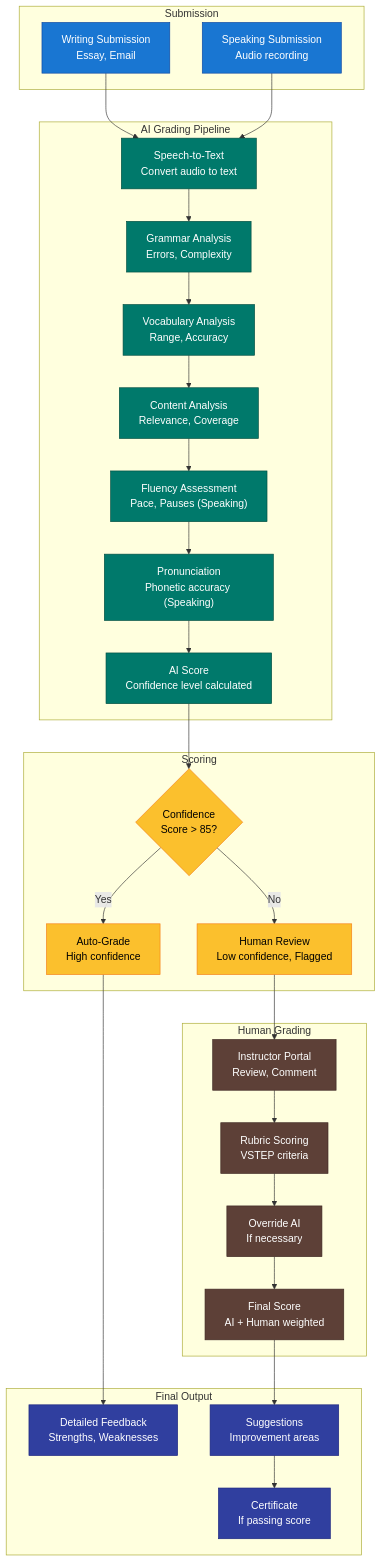
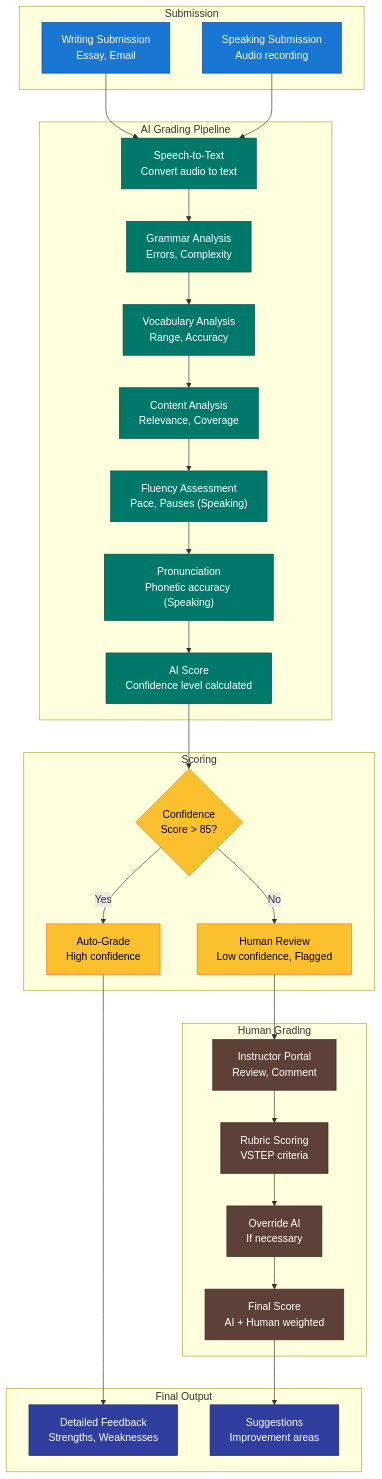
The sixth of 8 diagrams in docs/capstone/diagrams/flow-diagrams.vi.md (nghyane/VSTEP), drawn with Mermaid before and after one commit. The commit also changed other lines of this file, not shown here.

First line of the commit message:
docs: remove non-MVP features from flow diagrams

````diff
--- a/docs/capstone/diagrams/flow-diagrams.vi.md
+++ b/docs/capstone/diagrams/flow-diagrams.vi.md
@@ -338,67 +338,65 @@
 ```mermaid
 flowchart TB
     subgraph Submission ["Submission"]
         WritingSubmit["Writing Submission<br/>Essay, Email"]
         SpeakingSubmit["Speaking Submission<br/>Audio recording"]
     end
 
     subgraph AI ["AI Grading Pipeline"]
         Transcribe["Speech-to-Text<br/>Convert audio to text"]
         Grammar["Grammar Analysis<br/>Errors, Complexity"]
         Vocab["Vocabulary Analysis<br/>Range, Accuracy"]
         Content["Content Analysis<br/>Relevance, Coverage"]
         Fluency["Fluency Assessment<br/>Pace, Pauses (Speaking)"]
         Pronunciation["Pronunciation<br/>Phonetic accuracy (Speaking)"]
         ScoreAI["AI Score<br/>Confidence level calculated"]
     end
 
     subgraph Scoring ["Scoring"]
         Confidence{"Confidence<br/>Score > 85?"}
         AutoPass["Auto-Grade<br/>High confidence"]
         HumanReview["Human Review<br/>Low confidence, Flagged"]
     end
 
     subgraph Human ["Human Grading"]
         Instructor["Instructor Portal<br/>Review, Comment"]
         Rubric["Rubric Scoring<br/>VSTEP criteria"]
         Override["Override AI<br/>If necessary"]
         ScoreFinal["Final Score<br/>AI + Human weighted"]
     end
 
     subgraph Final ["Final Output"]
         Feedback["Detailed Feedback<br/>Strengths, Weaknesses"]
         Suggestion["Suggestions<br/>Improvement areas"]
-        Certificate["Certificate<br/>If passing score"]
     end
 
     WritingSubmit --> Transcribe
     SpeakingSubmit --> Transcribe
     Transcribe --> Grammar
     Grammar --> Vocab
     Vocab --> Content
     Content --> Fluency
     Fluency --> Pronunciation
     Pronunciation --> ScoreAI
     ScoreAI --> Confidence
     Confidence -->|Yes| AutoPass
     Confidence -->|No| HumanReview
     AutoPass --> Feedback
     HumanReview --> Instructor
     Instructor --> Rubric
     Rubric --> Override
     Override --> ScoreFinal
     ScoreFinal --> Suggestion
-    Suggestion --> Certificate
 
     classDef submission fill:#1976d2,stroke:#0d47a1,color:#fff
     classDef ai fill:#00796b,stroke:#004d40,color:#fff
     classDef scoring fill:#fbc02d,stroke:#f57f17,color:#000
     classDef human fill:#5d4037,stroke:#3e2723,color:#fff
     classDef final fill:#303f9f,stroke:#1a237e,color:#fff
 
     class WritingSubmit,SpeakingSubmit submission
     class Transcribe,Grammar,Vocab,Content,Fluency,Pronunciation,ScoreAI ai
     class Confidence,AutoPass,HumanReview scoring
     class Instructor,Rubric,Override,ScoreFinal human
-    class Feedback,Suggestion,Certificate final
+    class Feedback,Suggestion final
 ```
````
